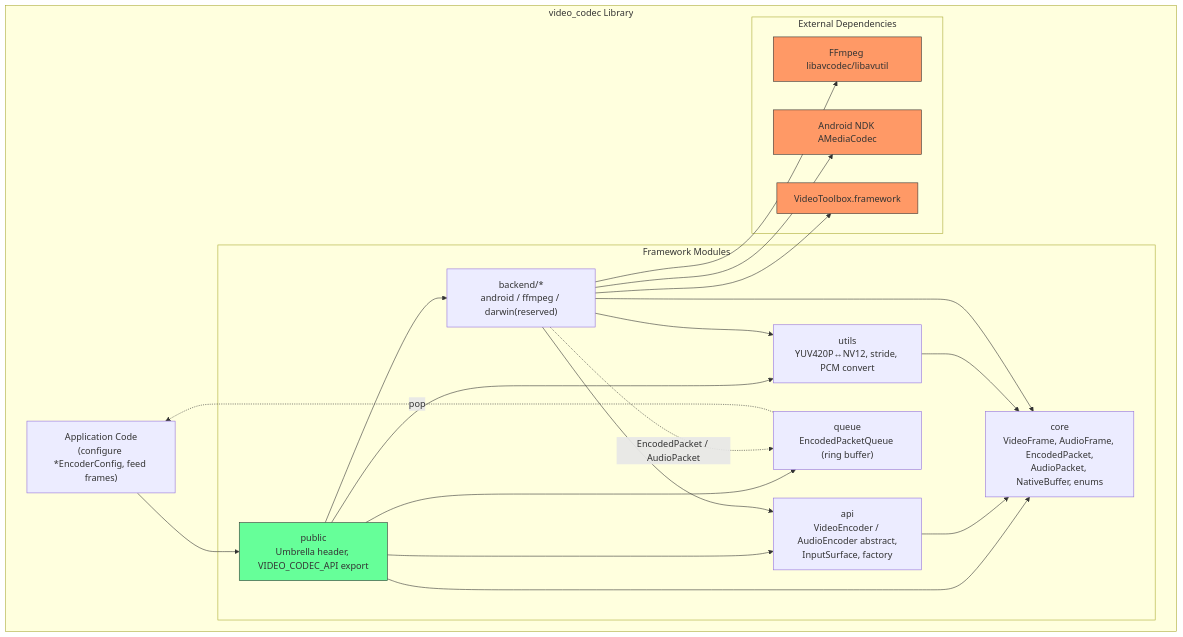
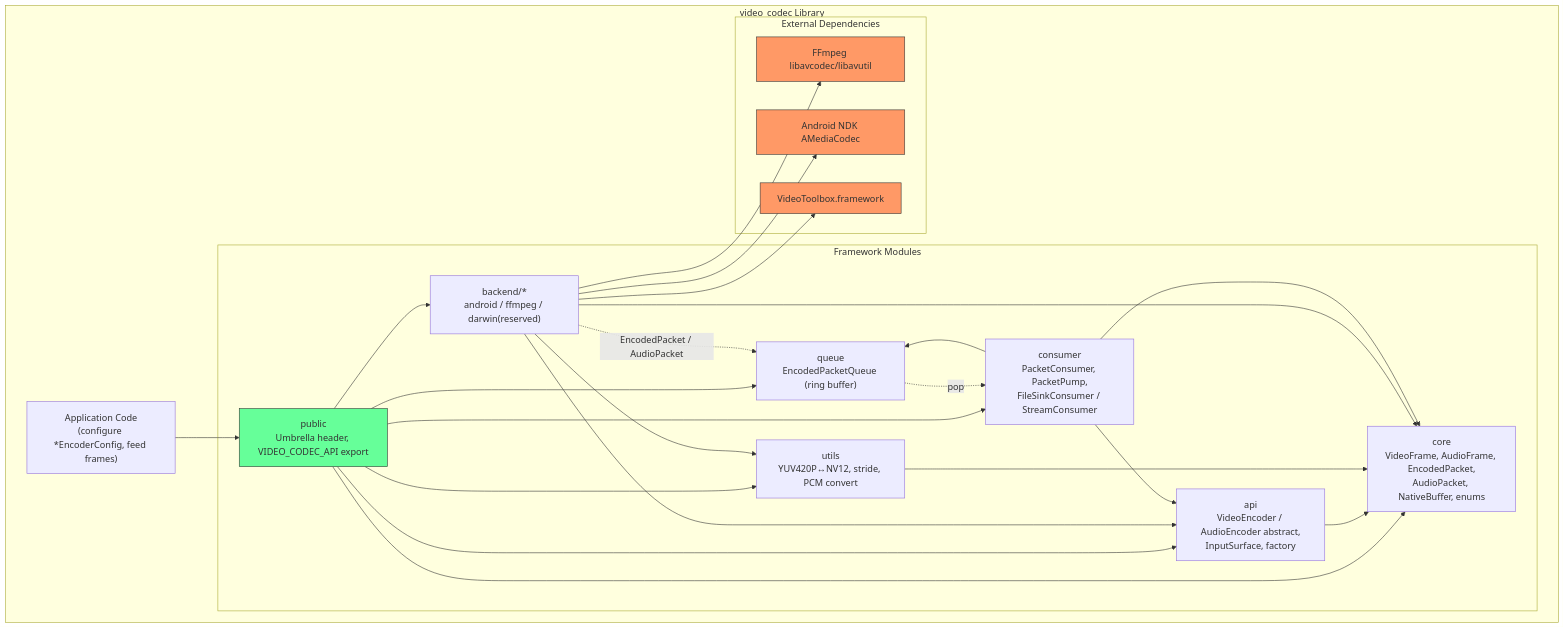
One commit to oxsource/video_codec changed the first of 7 diagrams in specs/002-architecture-engineering-design/plan.md. Above: the diagram before and after it, drawn with Mermaid. The commit also changed other lines of this file and 6 other files, not shown here.

First line of the commit message:
feat(002): extend ring-buffer design with consumer side (PacketConsumer/file+stream)

````diff
--- a/specs/002-architecture-engineering-design/plan.md
+++ b/specs/002-architecture-engineering-design/plan.md
@@ -133,43 +133,48 @@
 ```mermaid
 graph TD
     subgraph "video_codec Library"
         APP["Application Code<br/>(configure *EncoderConfig, feed frames)"]
 
         subgraph "Framework Modules"
             CORE["core<br/>VideoFrame, AudioFrame, EncodedPacket,<br/>AudioPacket, NativeBuffer, enums"]
             API["api<br/>VideoEncoder / AudioEncoder abstract,<br/>InputSurface, factory"]
             UTILS["utils<br/>YUV420P↔NV12, stride, PCM convert"]
             BFF["backend/*<br/>android / ffmpeg / darwin(reserved)"]
             QUEUE["queue<br/>EncodedPacketQueue (ring buffer)"]
+            CONSUMER["consumer<br/>PacketConsumer, PacketPump,<br/>FileSinkConsumer / StreamConsumer"]
             PUBLIC["public<br/>Umbrella header, VIDEO_CODEC_API export"]
         end
 
         subgraph "External Dependencies"
             FFMPEG["FFmpeg libavcodec/libavutil"]
             NDK["Android NDK AMediaCodec"]
             VT["VideoToolbox.framework"]
         end
 
         APP --> PUBLIC
         PUBLIC --> API
         PUBLIC --> CORE
         PUBLIC --> UTILS
         PUBLIC --> BFF
         PUBLIC --> QUEUE
+        PUBLIC --> CONSUMER
         API --> CORE
         UTILS --> CORE
         BFF --> API
         BFF --> CORE
         BFF --> UTILS
         BFF --> FFMPEG
         BFF --> NDK
         BFF --> VT
         BFF -.->|EncodedPacket / AudioPacket| QUEUE
-        QUEUE -.->|pop| APP
+        CONSUMER --> QUEUE
+        CONSUMER --> API
+        CONSUMER --> CORE
+        QUEUE -.->|pop| CONSUMER
     end
 
     style FFMPEG fill:#f96,stroke:#333
     style NDK fill:#f96,stroke:#333
     style VT fill:#f96,stroke:#333
     style PUBLIC fill:#6f9,stroke:#333
 ```
````
